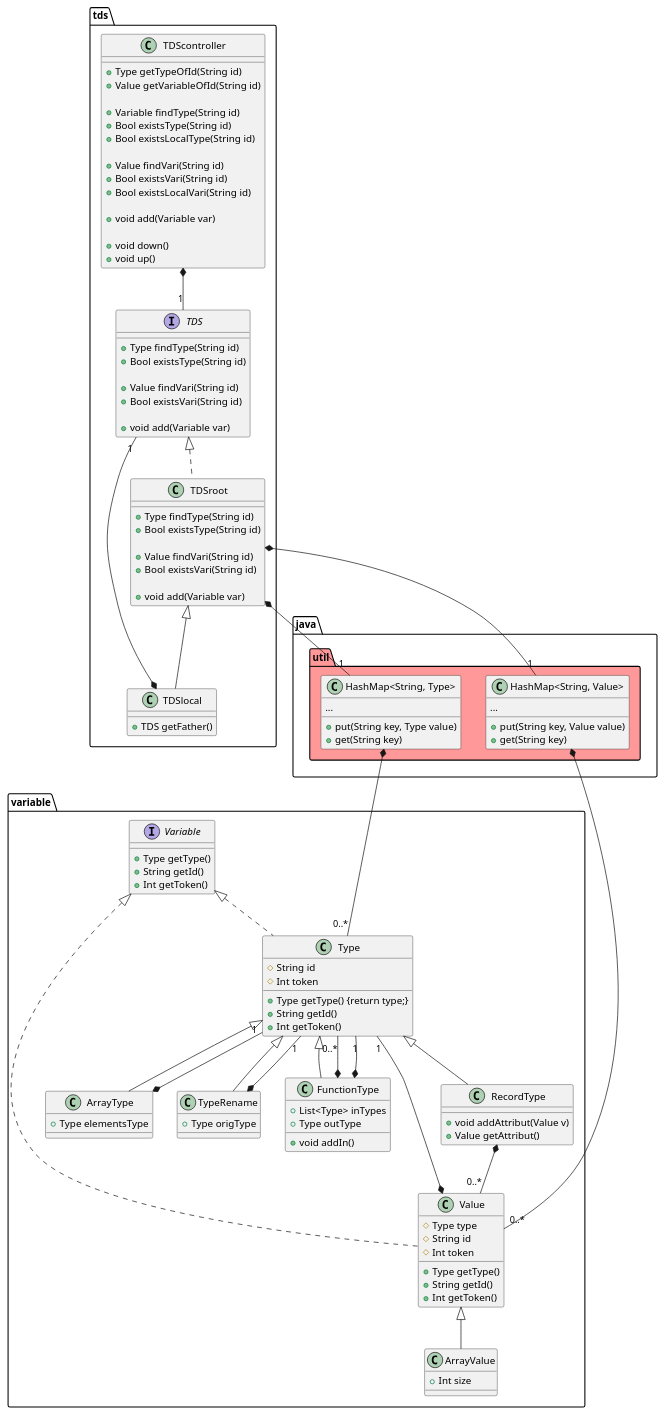
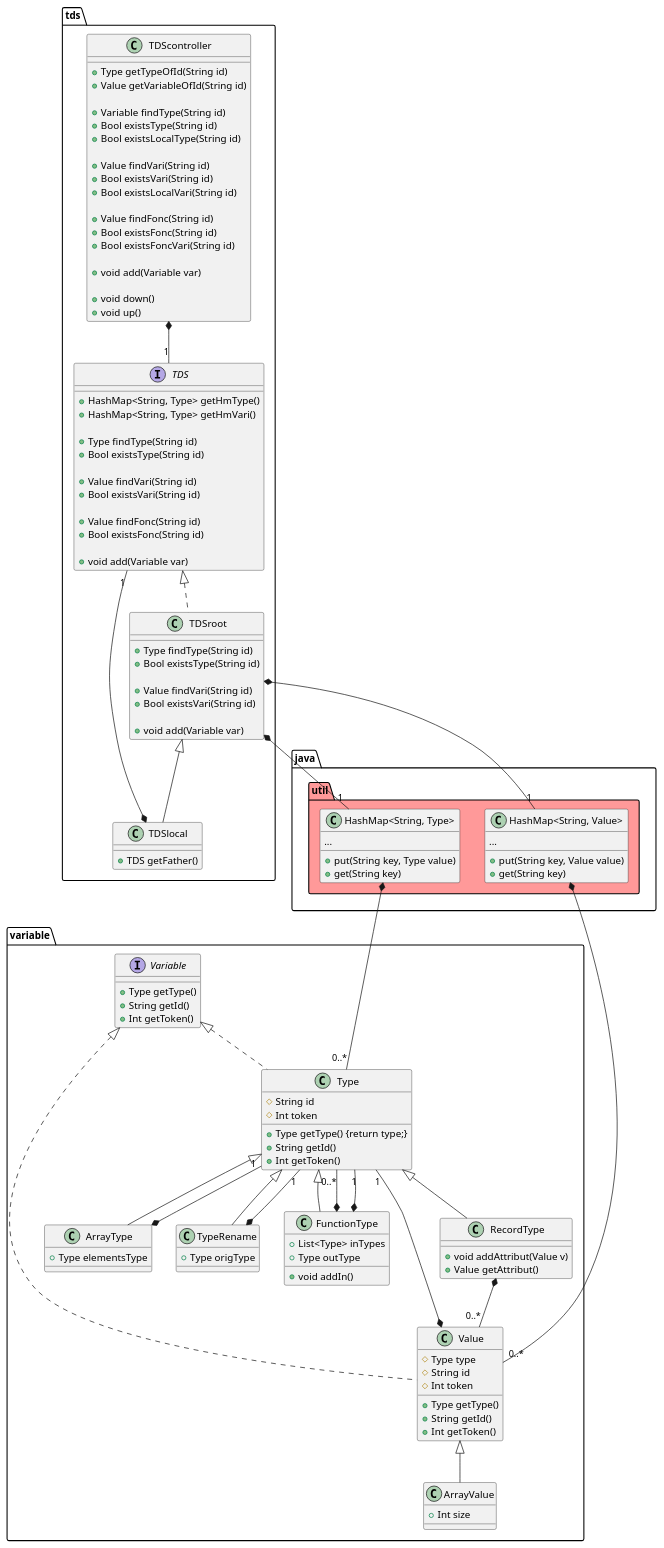
One commit to Tiger-compiler-team-2023/tiger-compiler changed the diagram in AntlrMavenProject/chaoscompiler/src/main/java/eu/tn/chaoscompiler/tdstool/README.figures/TDS.puml. Above: the diagram before and after it, drawn with PlantUML. The commit also changed 8 other files, not shown here.

```diff
--- a/AntlrMavenProject/chaoscompiler/src/main/java/eu/tn/chaoscompiler/tdstool/README.figures/TDS.puml
+++ b/AntlrMavenProject/chaoscompiler/src/main/java/eu/tn/chaoscompiler/tdstool/README.figures/TDS.puml
@@ -1,126 +1,136 @@
 @startuml
 
 package tds {
 
   class TDScontroller {
     +Type getTypeOfId(String id)
     +Value getVariableOfId(String id)
 
     +Variable findType(String id)
     +Bool existsType(String id)
     +Bool existsLocalType(String id)
 
     +Value findVari(String id)
     +Bool existsVari(String id)
     +Bool existsLocalVari(String id)
 
+    +Value findFonc(String id)
+    +Bool existsFonc(String id)
+    +Bool existsFoncVari(String id)
+
     +void add(Variable var)
 
     +void down()
     +void up()
   }
 
   interface TDS {
+    +HashMap<String, Type> getHmType()
+    +HashMap<String, Type> getHmVari()
+
     +Type findType(String id)
     +Bool existsType(String id)
 
     +Value findVari(String id)
     +Bool existsVari(String id)
+
+    +Value findFonc(String id)
+    +Bool existsFonc(String id)
 
     +void add(Variable var)
   }
 
   class TDSroot implements TDS {
     +Type findType(String id)
     +Bool existsType(String id)
 
     +Value findVari(String id)
     +Bool existsVari(String id)
     
     +void add(Variable var)
   }
 
   class TDSlocal extends TDSroot {
     +TDS getFather()
   }
 }
 
 package variable {
 
   Interface Variable {
     +Type getType()
     +String getId()
     +Int getToken()
   }
 
   class Type implements Variable {
     #String id
     #Int token
 
     +Type getType() {return type;}
     +String getId()
     +Int getToken()
   }
 
   class RecordType extends Type {
     +void addAttribut(Value v)
     +Value getAttribut()
   }
 
   class ArrayType extends Type {
     +Type elementsType
   }
 
   class TypeRename extends Type {
     +Type origType
   }
 
   class FunctionType extends Type {
     +List<Type> inTypes
     +Type outType
     +void addIn()
   }
 
   class Value implements Variable {
     #Type type
     #String id
     #Int token
 
     +Type getType()
     +String getId()
     +Int getToken()
   }
 
   class ArrayValue extends Value {
     +Int size
   }
 }
 
 package java.util #ff9999 {
   class "HashMap<String, Type>" {
     ...
     +put(String key, Type value)
     +get(String key)
   }
   class "HashMap<String, Value>" {
     ...
     +put(String key, Value value)
     +get(String key)
   }
 }
 
 TDScontroller *--"1" TDS
 TDSlocal *--"1" TDS
 TDSroot *--"1" "HashMap<String, Type>"
 TDSroot *--"1" "HashMap<String, Value>"
 "HashMap<String, Type>" *--"0..*" Type
 "HashMap<String, Value>" *--"0..*" Value
 Value *--"1" Type
 RecordType *--"0..*" Value
 ArrayType *--"1" Type
 TypeRename *--"1" Type
 FunctionType *--"0..*" Type
 FunctionType *--"1" Type
 
 TDSlocal -[hidden]-> Variable
 @enduml
```
